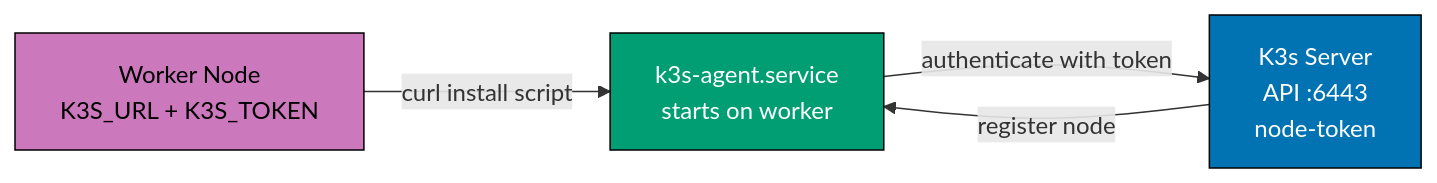
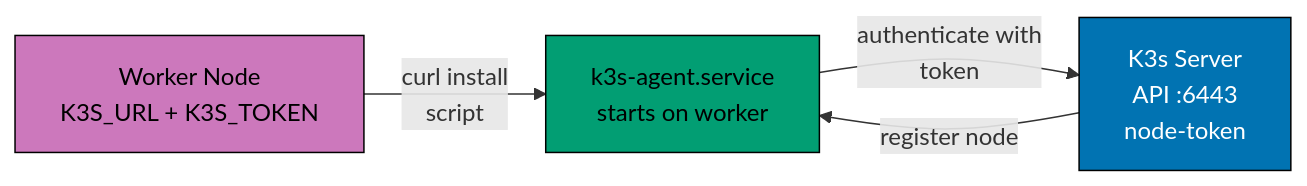
One commit to wahidyankf/ose-public changed the fourth of 9 diagrams in apps/ayokoding-www/content/en/learn/legacy/software-engineering/infrastructure/tools/k3s/by-example/beginner.md. Above: the diagram before and after it, drawn with Mermaid. The commit also changed other lines of this file and 131 other files, not shown here.

First line of the commit message:
fix(mermaid): bring the legacy data, infrastructure, and testing diagrams onto the accessible palette

````diff
--- a/apps/ayokoding-www/content/en/learn/legacy/software-engineering/infrastructure/tools/k3s/by-example/beginner.md
+++ b/apps/ayokoding-www/content/en/learn/legacy/software-engineering/infrastructure/tools/k3s/by-example/beginner.md
@@ -695,15 +715,21 @@
 ```mermaid
 %% Color Palette: Blue #0173B2, Orange #DE8F05, Teal #029E73, Purple #CC78BC, Brown #CA9161
 graph LR
+    accTitle: Example 14: Add and Verify a Worker Node Join
+    accDescr: Graph with 3 nodes and 3 connections. Nodes: Worker Node K3S_URL + K3S_TOKEN, K3s Server API :6443 node-token, k3s-agent.service starts on worker. Connections: Worker Node K3S_URL + K3S_TOKEN to k3s-agent.service starts on worker (curl install script), k3s-agent.service starts on worker to K3s Server API :6443 node-token (authenticate with token), K3s Server API :6443 node-token to k3s-agent.service starts on worker (register node).
     W["Worker Node<br/>K3S_URL + K3S_TOKEN"]
     S["K3s Server<br/>API :6443<br/>node-token"]
     K["k3s-agent.service<br/>starts on worker"]
 
-    W -->|"curl install script"| K
-    K -->|"authenticate with token"| S
+    W -->|"curl install<br/>script"| K
+    K -->|"authenticate with<br/>token"| S
     S -->|"register node"| K
 
-    style W fill:#CC78BC,stroke:#000,color:#000
-    style S fill:#0173B2,stroke:#000,color:#fff
-    style K fill:#029E73,stroke:#000,color:#fff
+    classDef pal-CC78BC fill:#CC78BC,stroke:#000000,color:#000000
+    class W pal-CC78BC
+    classDef pal-0173B2 fill:#0173B2,stroke:#000000,color:#FFFFFF
+    class S pal-0173B2
+    classDef pal-029E73 fill:#029E73,stroke:#000000,color:#000000
+    class K pal-029E73
+    classDef default fill:#FFFFFF,stroke:#000000,color:#000000
 ```
````
